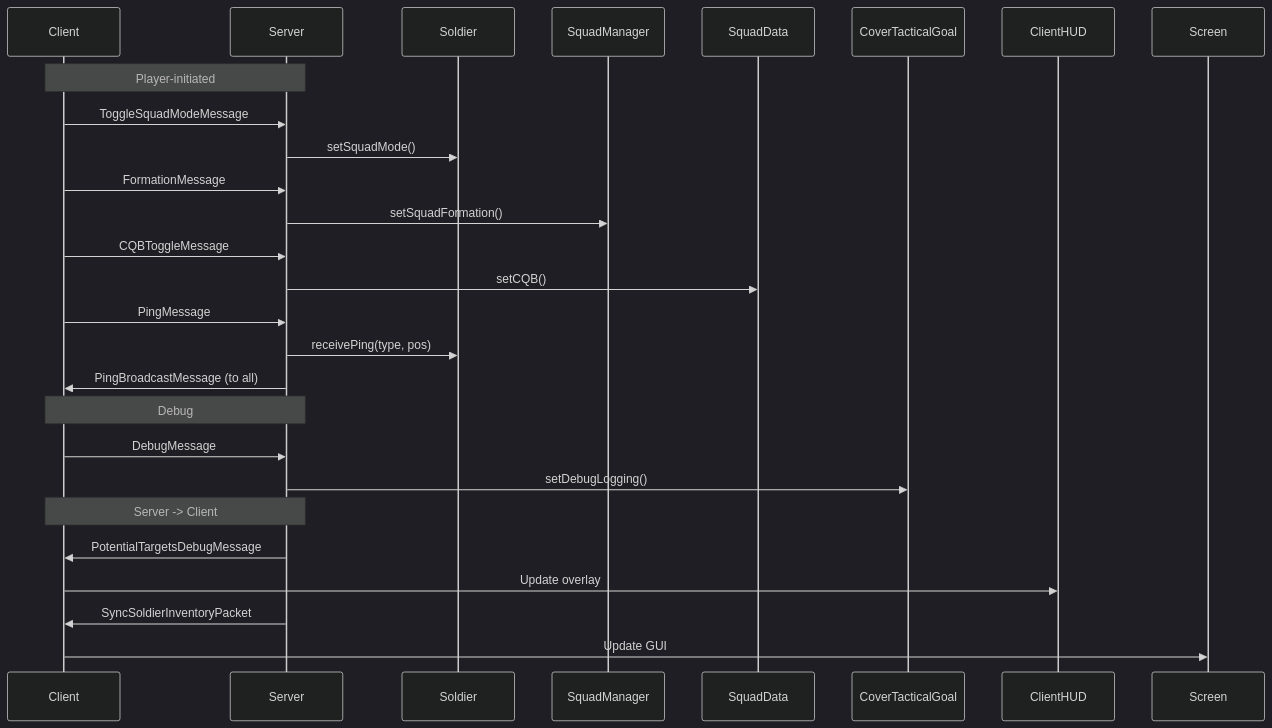
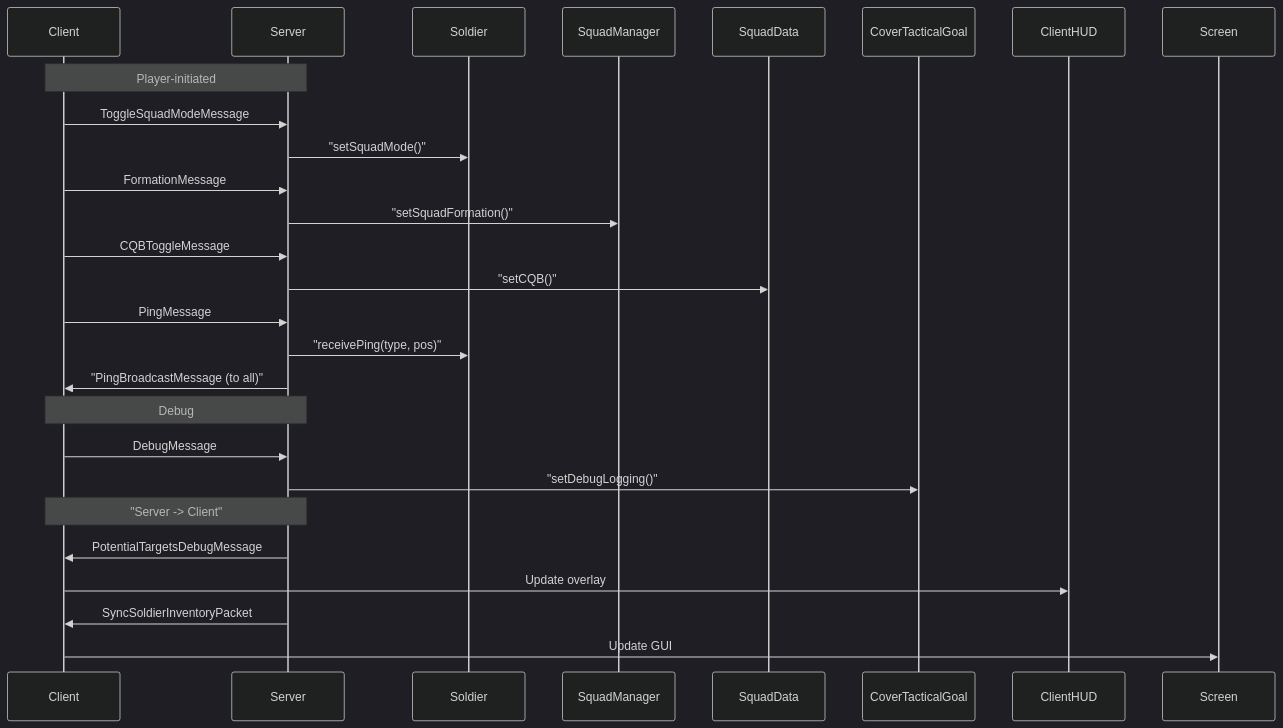
One commit to MegiTicky/steves_army changed diagram 23 of 27 in ARCHITECTURE.md. Above: the diagram before and after it, drawn with Mermaid (dark theme). The commit also changed other lines of this file, not shown here.

Commit message:
Fix Mermaid v11 syntax: quote all node labels with special characters

````diff
--- a/ARCHITECTURE.md
+++ b/ARCHITECTURE.md
@@ -902,31 +902,31 @@
 ```mermaid
 sequenceDiagram
     Participant Client
     Participant Server
     Participant Soldier
 
     Note over Client,Server: Player-initiated
     Client->>Server: ToggleSquadModeMessage
-    Server->>Soldier: setSquadMode()
+    Server->>Soldier: "setSquadMode()"
 
     Client->>Server: FormationMessage
-    Server->>SquadManager: setSquadFormation()
+    Server->>SquadManager: "setSquadFormation()"
 
     Client->>Server: CQBToggleMessage
-    Server->>SquadData: setCQB()
+    Server->>SquadData: "setCQB()"
 
     Client->>Server: PingMessage
-    Server->>Soldier: receivePing(type, pos)
-    Server->>Client: PingBroadcastMessage (to all)
+    Server->>Soldier: "receivePing(type, pos)"
+    Server->>Client: "PingBroadcastMessage (to all)"
 
     Note over Client,Server: Debug
     Client->>Server: DebugMessage
-    Server->>CoverTacticalGoal: setDebugLogging()
+    Server->>CoverTacticalGoal: "setDebugLogging()"
 
-    Note over Client,Server: Server -> Client
+    Note over Client,Server: "Server -> Client"
     Server->>Client: PotentialTargetsDebugMessage
     Client->>ClientHUD: Update overlay
 
     Server->>Client: SyncSoldierInventoryPacket
     Client->>Screen: Update GUI
 ```
````
